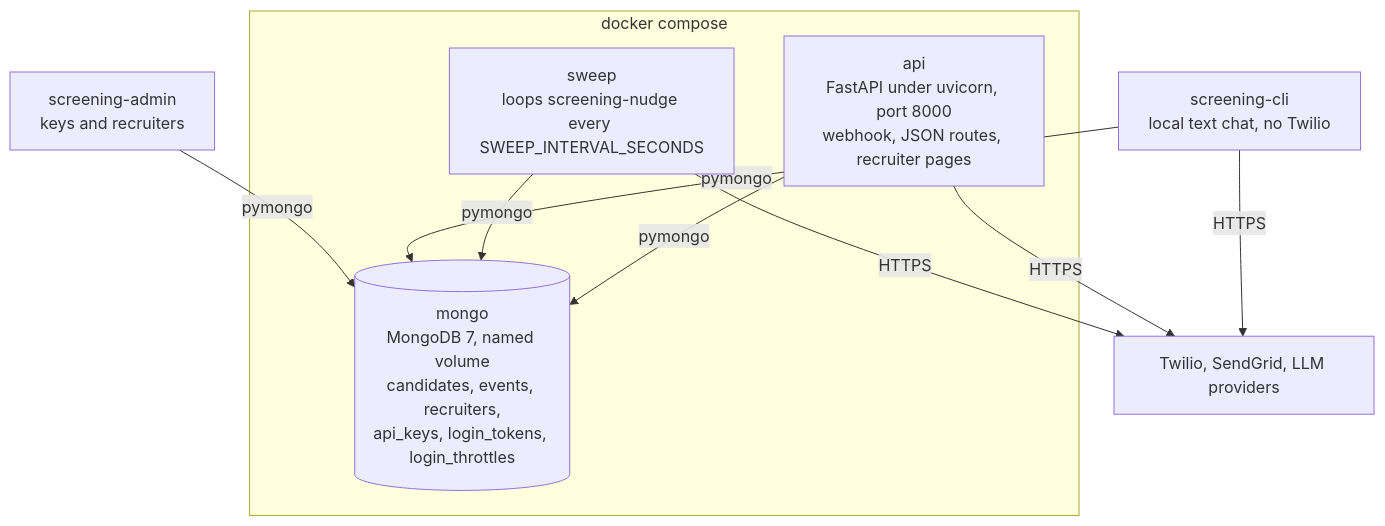
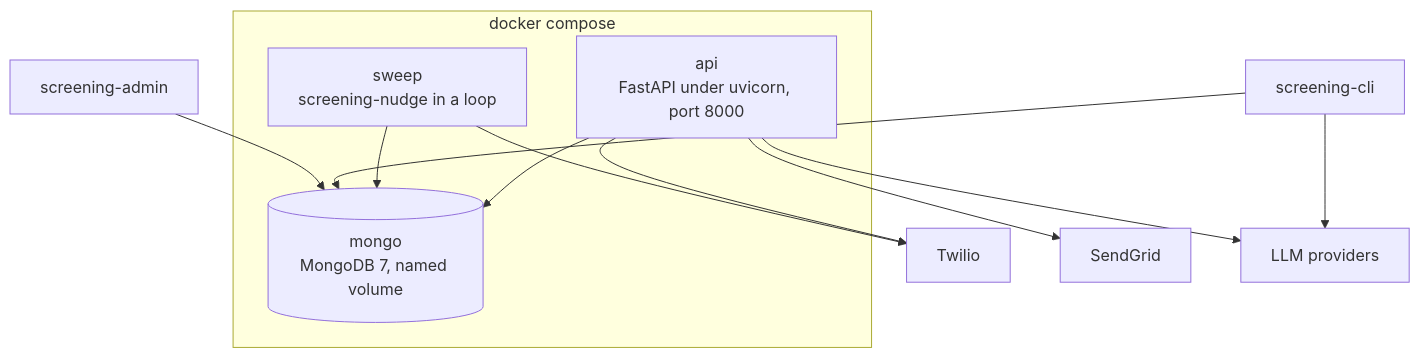
The second of 5 diagrams in README.md (bumblB33/grupo-sazon-recruiting), drawn with Mermaid before and after one commit. The commit also changed other lines of this file, not shown here.

First line of the commit message:
Split README architecture diagrams and fix container edges

````diff
--- a/README.md
+++ b/README.md
@@ -130,18 +142,25 @@
 ```mermaid
 flowchart TB
     subgraph compose [docker compose]
-        api[api<br/>FastAPI under uvicorn, port 8000<br/>webhook, JSON routes, recruiter pages]
-        sweep[sweep<br/>loops screening-nudge every SWEEP_INTERVAL_SECONDS]
-        mongo[(mongo<br/>MongoDB 7, named volume<br/>candidates, events, recruiters,<br/>api_keys, login_tokens, login_throttles)]
+        api[api<br/>FastAPI under uvicorn, port 8000]
+        sweep[sweep<br/>screening-nudge in a loop]
+        mongo[(mongo<br/>MongoDB 7, named volume)]
     end
-    cli[screening-cli<br/>local text chat, no Twilio]
-    admin[screening-admin<br/>keys and recruiters]
+    cli[screening-cli]
+    admin[screening-admin]
 
-    api -->|pymongo| mongo
-    sweep -->|pymongo| mongo
-    cli -->|pymongo| mongo
-    admin -->|pymongo| mongo
-    api -->|HTTPS| ext[Twilio, SendGrid, LLM providers]
-    sweep -->|HTTPS| ext
-    cli -->|HTTPS| ext
+    twilio[Twilio]
+    sendgrid[SendGrid]
+    llm[LLM providers]
+
+    api --> mongo
+    sweep --> mongo
+    cli --> mongo
+    admin --> mongo
+
+    api --> twilio
+    api --> sendgrid
+    api --> llm
+    sweep --> twilio
+    cli --> llm
 ```
````
